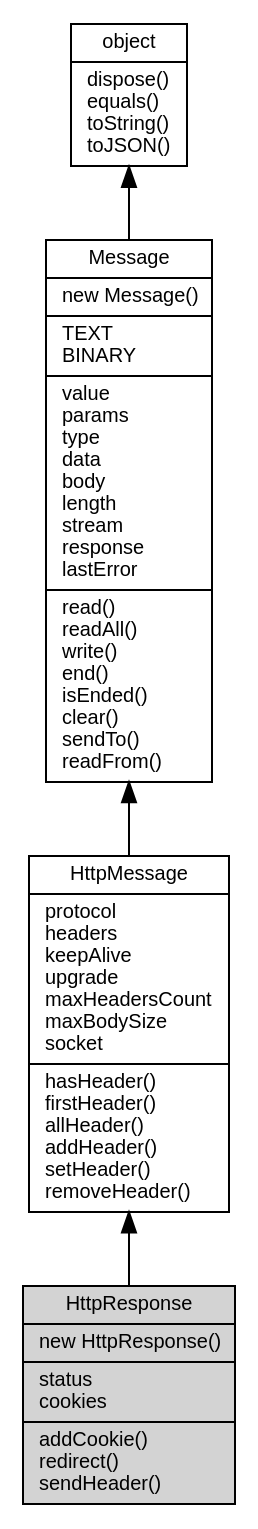
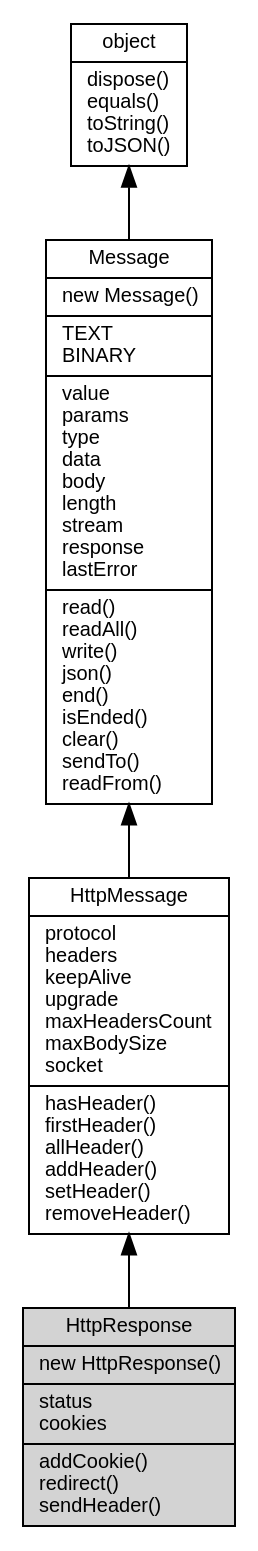
One commit to asionius/fibjs-ceph changed the diagram in docs/manual/object/ifs/HttpResponse.md. Above: the diagram before and after it, drawn with Graphviz. The commit also changed other lines of this file and 125 other files, not shown here.

````diff
--- a/docs/manual/object/ifs/HttpResponse.md
+++ b/docs/manual/object/ifs/HttpResponse.md
@@ -5,14 +5,14 @@
 ```dot
 digraph {
     node [fontname="Helvetica,sans-Serif", fontsize=10, shape="record", style="filled", fillcolor="white"];
 
     object [tooltip="object", URL="object.md", label="{object|dispose()\lequals()\ltoString()\ltoJSON()\l}"];
-    Message [tooltip="Message", URL="Message.md", label="{Message|new Message()\l|TEXT\lBINARY\l|value\lparams\ltype\ldata\lbody\llength\lstream\lresponse\llastError\l|read()\lreadAll()\lwrite()\lend()\lisEnded()\lclear()\lsendTo()\lreadFrom()\l}"];
+    Message [tooltip="Message", URL="Message.md", label="{Message|new Message()\l|TEXT\lBINARY\l|value\lparams\ltype\ldata\lbody\llength\lstream\lresponse\llastError\l|read()\lreadAll()\lwrite()\ljson()\lend()\lisEnded()\lclear()\lsendTo()\lreadFrom()\l}"];
     HttpMessage [tooltip="HttpMessage", URL="HttpMessage.md", label="{HttpMessage|protocol\lheaders\lkeepAlive\lupgrade\lmaxHeadersCount\lmaxBodySize\lsocket\l|hasHeader()\lfirstHeader()\lallHeader()\laddHeader()\lsetHeader()\lremoveHeader()\l}"];
     HttpResponse [tooltip="HttpResponse", fillcolor="lightgray", label="{HttpResponse|new HttpResponse()\l|status\lcookies\l|addCookie()\lredirect()\lsendHeader()\l}"];
 
     object -> Message [dir=back];
     Message -> HttpMessage [dir=back];
     HttpMessage -> HttpResponse [dir=back];
 }
 ```
````
